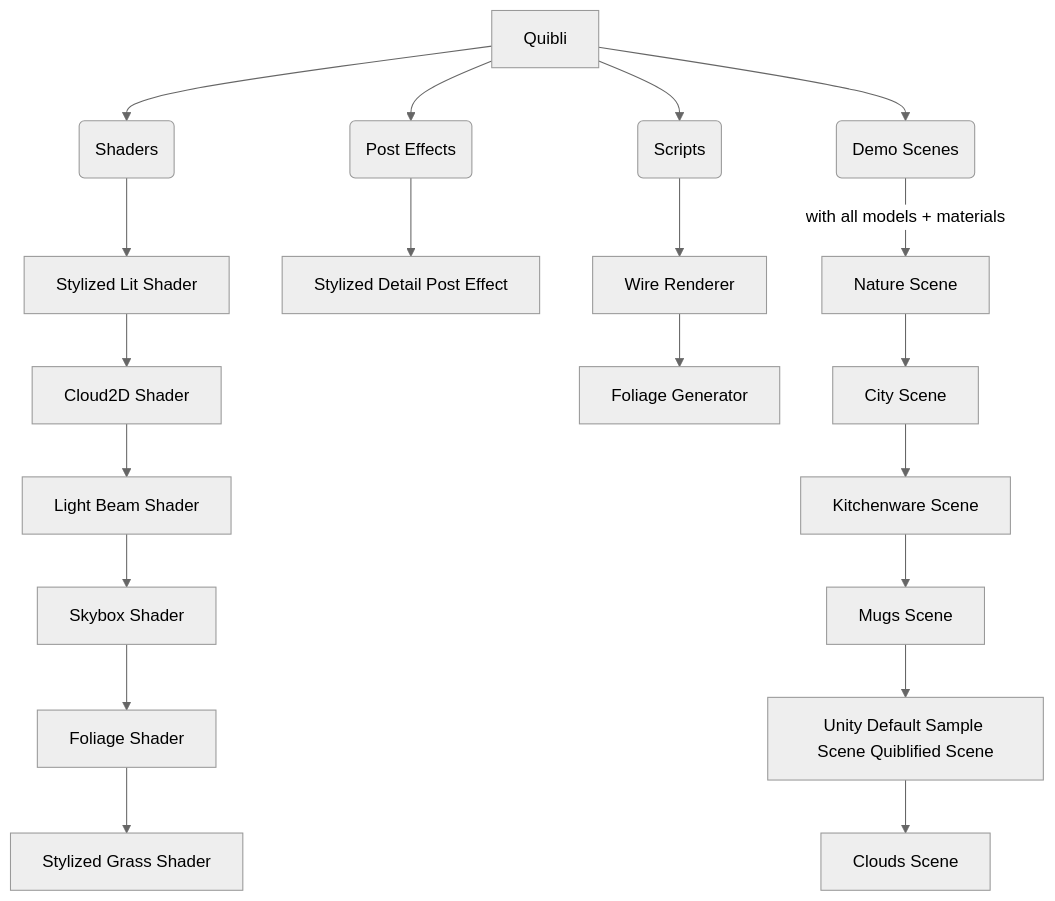
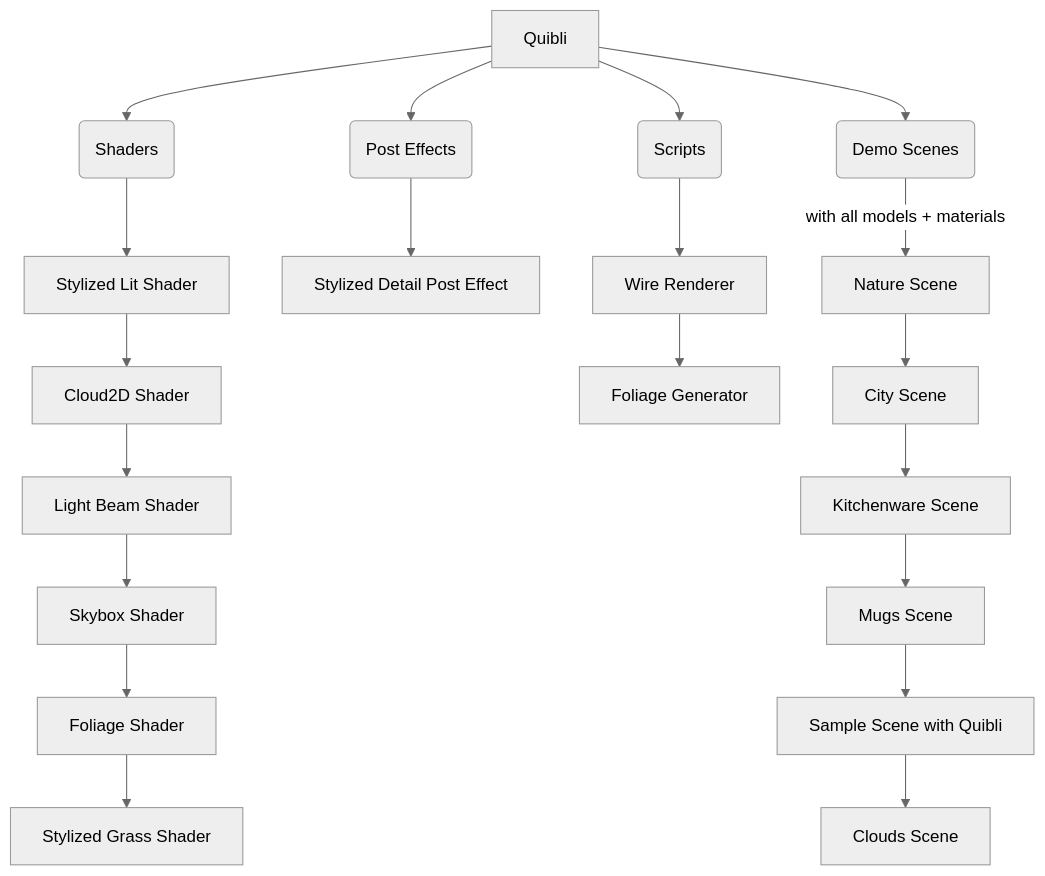
The diagram in _docs/what-is-quibli-a-brief-overview.md (dustyroom-studio/quibli-doc), drawn with Mermaid (neutral theme) before and after one commit. The commit also changed other lines of this file and 17 other files, not shown here.

```diff
--- a/_docs/what-is-quibli-a-brief-overview.md
+++ b/_docs/what-is-quibli-a-brief-overview.md
@@ -21,22 +23,22 @@
 <div class="mermaid">
 graph TD
 A[Quibli] --> B(Shaders)
 A --> C(Post Effects)
 A --> D(Scripts)
 A --> E(Demo Scenes)
 B --> G[Stylized Lit Shader]
 G --> H[Cloud2D Shader]
 H --> I[Light Beam Shader]
 I --> J[Skybox Shader]
 J --> K[Foliage Shader]
 K --> L[Stylized Grass Shader]
 C --> M[Stylized Detail Post Effect]
 D --> N[Wire Renderer]
 N --> O[Foliage Generator]
 E -->|with all models + materials| P[Nature Scene]
 P --> Q[City Scene]
 Q --> R[Kitchenware Scene]
 R --> S[Mugs Scene]
-S --> T[Unity Default Sample Scene Quiblified Scene]
+S --> T[Sample Scene with Quibli]
 T --> U[Clouds Scene]
 </div>
```
